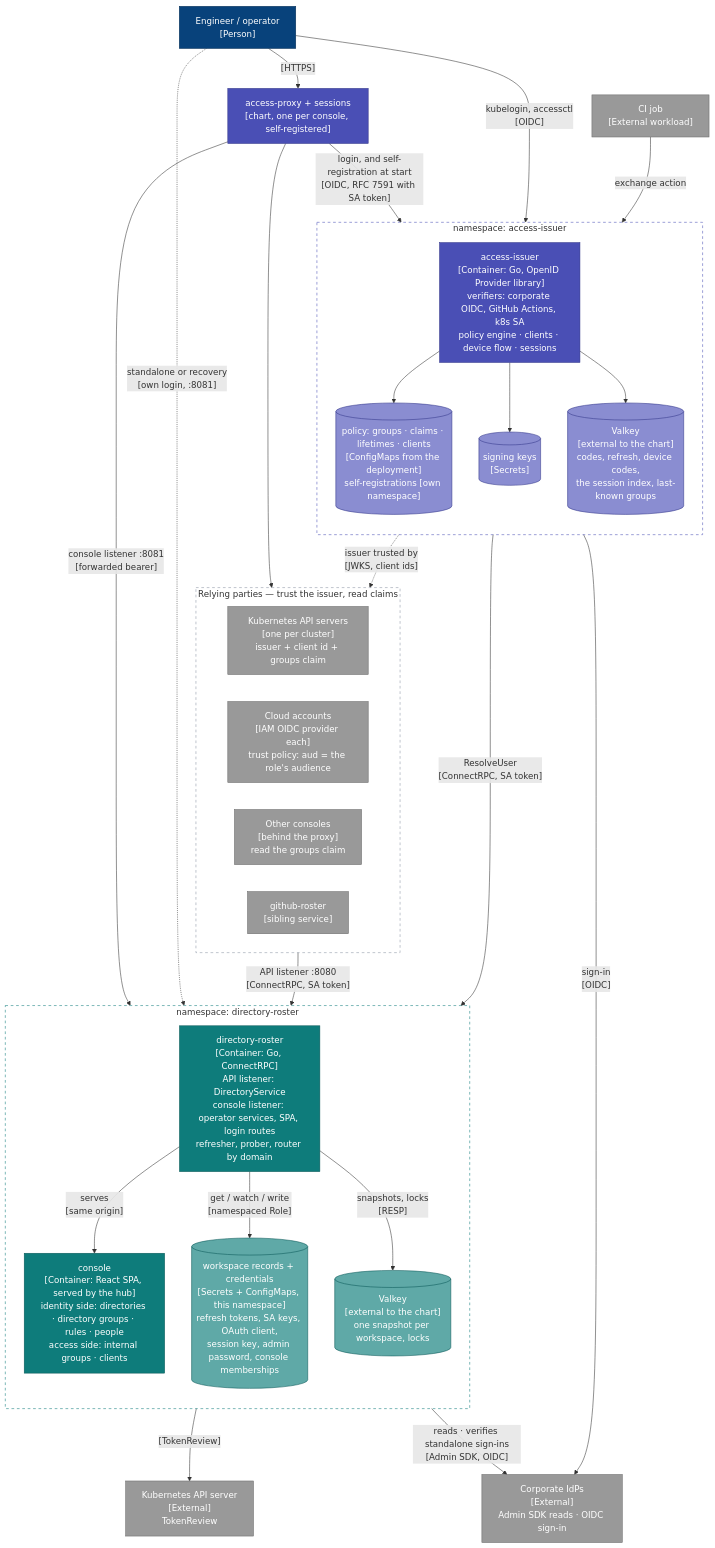
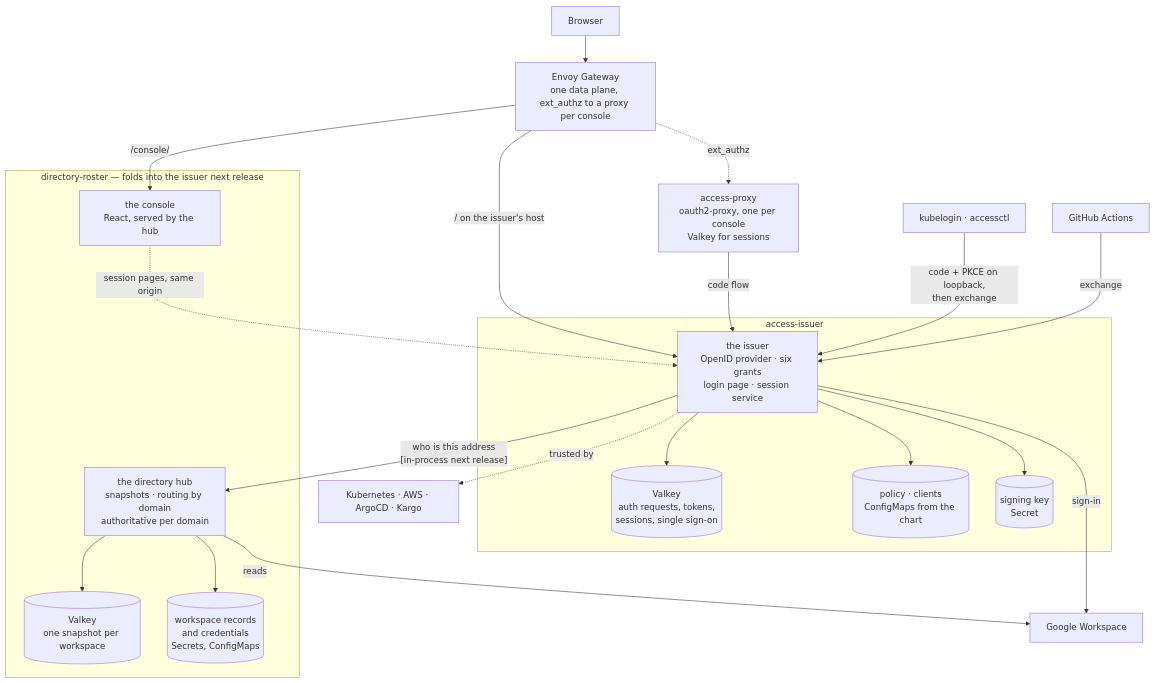
One commit to truvity/access-roster changed the second of 2 diagrams in docs/architecture.md. Above: the diagram before and after it, drawn with Mermaid. The commit also changed other lines of this file and 11 other files, not shown here.

````diff
--- a/docs/architecture.md
+++ b/docs/architecture.md
@@ -114,64 +63,44 @@
 ```mermaid
 flowchart TB
-  eng["Engineer / operator<br/>[Person]"]:::person
-  ci["CI job<br/>[External workload]"]:::ext
-  proxy["access-proxy + sessions<br/>[chart, one per console, self-registered]"]:::token
-  idp["Corporate IdPs<br/>[External]<br/>Admin SDK reads · OIDC sign-in"]:::ext
-  kapi["Kubernetes API server<br/>[External]<br/>TokenReview"]:::ext
+  browser["Browser"]
+  cli["kubelogin · accessctl"]
+  ci["GitHub Actions"]
+  gw["Envoy Gateway<br/>one data plane, ext_authz to a proxy per console"]
 
-  subgraph nsTs["namespace: access-issuer"]
-    direction TB
-    ts["access-issuer<br/>[Container: Go, OpenID Provider library]<br/>verifiers: corporate OIDC, GitHub Actions, k8s SA<br/>policy engine · clients · device flow · sessions"]:::token
-    policyStore[("policy: groups · claims · lifetimes · clients<br/>[ConfigMaps from the deployment]<br/>self-registrations [own namespace]")]:::tokenStore
-    keys[("signing keys<br/>[Secrets]")]:::tokenStore
-    tsv[("Valkey<br/>[external to the chart]<br/>codes, refresh, device codes,<br/>the session index, last-known groups")]:::tokenStore
+  subgraph iss["access-issuer"]
+    issuer["the issuer<br/>OpenID provider · six grants<br/>login page · session service"]
+    vki[("Valkey<br/>auth requests, tokens,<br/>sessions, single sign-on")]
+    pol[("policy · clients<br/>ConfigMaps from the chart")]
+    keys[("signing key<br/>Secret")]
   end
 
-  subgraph nsHub["namespace: directory-roster"]
-    direction TB
-    hub["directory-roster<br/>[Container: Go, ConnectRPC]<br/>API listener: DirectoryService<br/>console listener: operator services, SPA, login routes<br/>refresher, prober, router by domain"]:::hub
-    spa["console<br/>[Container: React SPA, served by the hub]<br/>identity side: directories · directory groups · rules · people<br/>access side: internal groups · clients"]:::hub
-    k8s[("workspace records + credentials<br/>[Secrets + ConfigMaps, this namespace]<br/>refresh tokens, SA keys, OAuth client,<br/>session key, admin password, console memberships")]:::hubStore
-    hv[("Valkey<br/>[external to the chart]<br/>one snapshot per workspace, locks")]:::hubStore
+  subgraph hub["directory-roster — folds into the issuer next release"]
+    dir["the directory hub<br/>snapshots · routing by domain<br/>authoritative per domain"]
+    con["the console<br/>React, served by the hub"]
+    vkd[("Valkey<br/>one snapshot per workspace")]
+    ws[("workspace records<br/>and credentials<br/>Secrets, ConfigMaps")]
   end
 
-  subgraph rp["Relying parties — trust the issuer, read claims"]
-    direction LR
-    k8sapi["Kubernetes API servers<br/>[one per cluster]<br/>issuer + client id + groups claim"]:::ext
-    cloud["Cloud accounts<br/>[IAM OIDC provider each]<br/>trust policy: aud = the role's audience"]:::ext
-    consoles["Other consoles<br/>[behind the proxy]<br/>read the groups claim"]:::ext
-    roster["github-roster<br/>[sibling service]"]:::ext
-  end
+  proxy["access-proxy<br/>oauth2-proxy, one per console<br/>Valkey for sessions"]
+  idp["Google Workspace"]
+  rp["Kubernetes · AWS · ArgoCD · Kargo"]
 
-  eng -- "[HTTPS]" --> proxy
-  proxy -- "login, and self-registration at start<br/>[OIDC, RFC 7591 with SA token]" --> ts
-  proxy -- "console listener :8081<br/>[forwarded bearer]" --> hub
-  proxy --> consoles
-  eng -. "standalone or recovery<br/>[own login, :8081]" .-> hub
-  eng -- "kubelogin, accessctl<br/>[OIDC]" --> ts
-  ci -- "exchange action" --> ts
-  ts -- "sign-in<br/>[OIDC]" --> idp
-  ts -- "ResolveUser<br/>[ConnectRPC, SA token]" --> hub
-  ts --> policyStore
-  ts --> keys
-  ts --> tsv
-  ts -. "issuer trusted by<br/>[JWKS, client ids]" .-> rp
-  hub -- "serves<br/>[same origin]" --> spa
-  hub -- "[TokenReview]" --> kapi
-  hub -- "get / watch / write<br/>[namespaced Role]" --> k8s
-  hub -- "snapshots, locks<br/>[RESP]" --> hv
-  hub -- "reads · verifies standalone sign-ins<br/>[Admin SDK, OIDC]" --> idp
-  roster -- "API listener :8080<br/>[ConnectRPC, SA token]" --> hub
+  browser --> gw
+  gw -- "/ on the issuer's host" --> issuer
+  gw -- "/console/" --> con
+  gw -. "ext_authz" .-> proxy
+  proxy -- "code flow" --> issuer
+  cli -- "code + PKCE on loopback,<br/>then exchange" --> issuer
+  ci -- "exchange" --> issuer
 
-  classDef person fill:#08427b,stroke:#052e56,color:#fff
-  classDef system fill:#1168bd,stroke:#0b4884,color:#fff
-  classDef ext fill:#999999,stroke:#6b6b6b,color:#fff
-  classDef hub fill:#0E7C7B,stroke:#0A5958,color:#fff
-  classDef hubStore fill:#5FA9A7,stroke:#0A5958,color:#fff
-  classDef token fill:#4A4FB5,stroke:#33378A,color:#fff
-  classDef tokenStore fill:#8A8DD1,stroke:#33378A,color:#fff
-  classDef component fill:#85bbf0,stroke:#5d82a8,color:#000
-  style nsTs fill:none,stroke:#4A4FB5,stroke-dasharray:5 5
-  style nsHub fill:none,stroke:#0E7C7B,stroke-dasharray:5 5
-  style rp fill:none,stroke:#8A93A3,stroke-dasharray:5 5
+  issuer -- "who is this address<br/>[in-process next release]" --> dir
+  issuer --> vki
+  issuer --> pol
+  issuer --> keys
+  issuer -- "sign-in" --> idp
+  dir --> vkd
+  dir --> ws
+  dir -- "reads" --> idp
+  con -. "session pages, same origin" .-> issuer
+  issuer -. "trusted by" .-> rp
 ```
````
